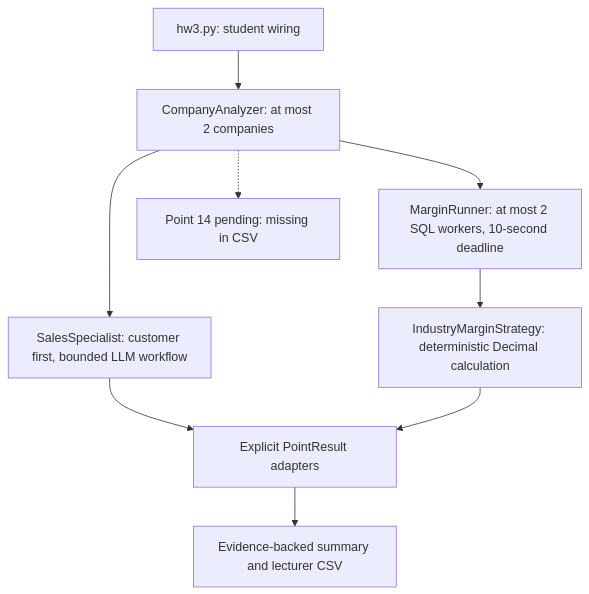
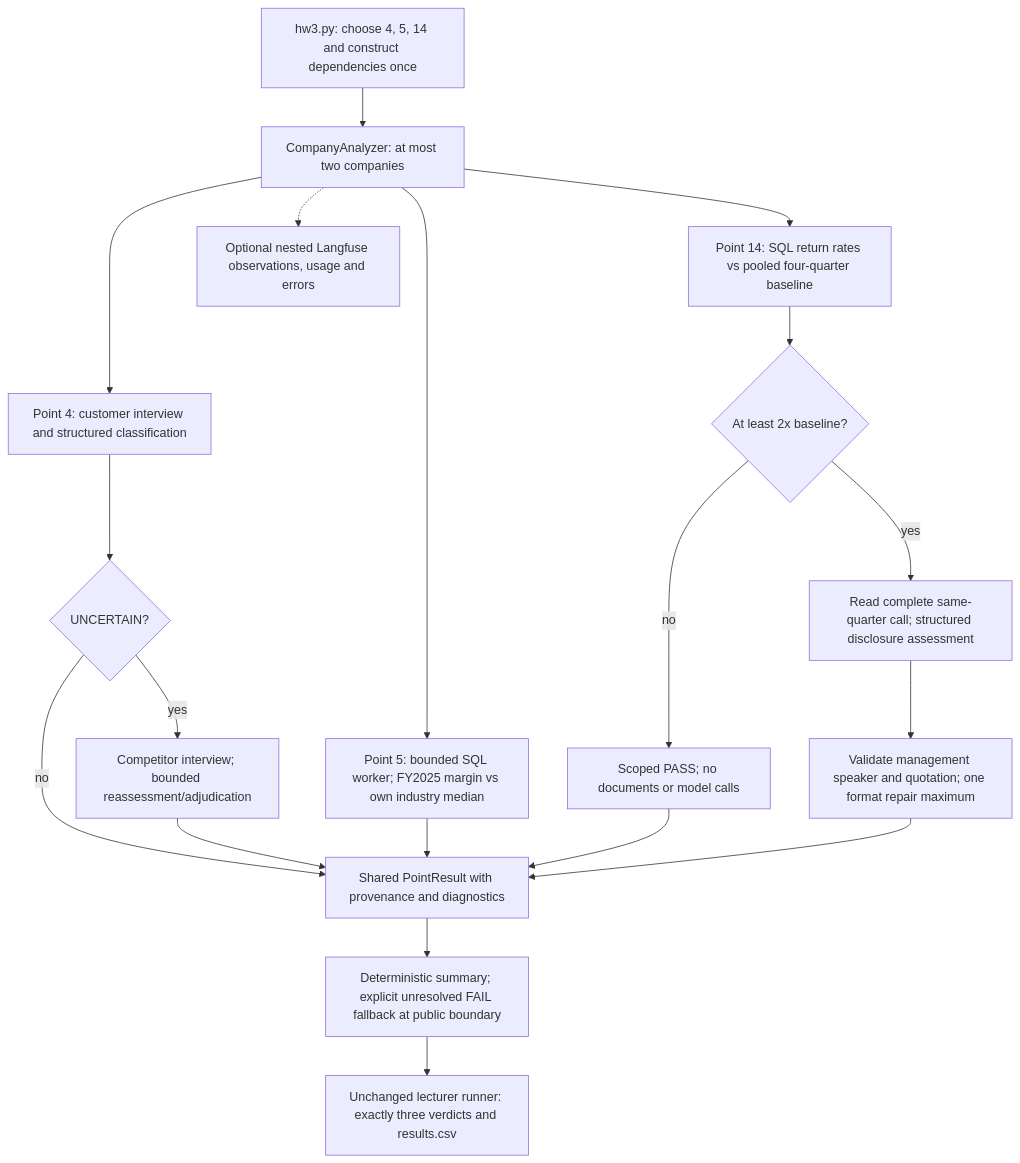
The diagram in README.md (alistairkung/FTEC5660-HW3), drawn with Mermaid before and after one commit. The commit also changed other lines of this file and 4 other files, not shown here.

Commit message:
Integrate Points 4, 5 and returns-disclosure Point 14 in lecturer entry point

````diff
--- a/README.md
+++ b/README.md
@@ -370,11 +374,21 @@
 ```mermaid
 flowchart TD
-    H["hw3.py: student wiring"] --> C["CompanyAnalyzer: at most 2 companies"]
-    C --> S["SalesSpecialist: customer first, bounded LLM workflow"]
-    C --> M["MarginRunner: at most 2 SQL workers, 10-second deadline"]
-    M --> I["IndustryMarginStrategy: deterministic Decimal calculation"]
-    S --> A["Explicit PointResult adapters"]
-    I --> A
-    A --> O["Evidence-backed summary and lecturer CSV"]
-    C -.-> P["Point 14 pending: missing in CSV"]
+    H["hw3.py: choose 4, 5, 14 and construct dependencies once"] --> C["CompanyAnalyzer: at most two companies"]
+    C --> S["Point 4: customer interview and structured classification"]
+    S --> U{"UNCERTAIN?"}
+    U -->|yes| R["Competitor interview; bounded reassessment/adjudication"]
+    C --> M["Point 5: bounded SQL worker; FY2025 margin vs own industry median"]
+    C --> Q["Point 14: SQL return rates vs pooled four-quarter baseline"]
+    Q --> A{"At least 2x baseline?"}
+    A -->|no| P["Scoped PASS; no documents or model calls"]
+    A -->|yes| D["Read complete same-quarter call; structured disclosure assessment"]
+    D --> V["Validate management speaker and quotation; one format repair maximum"]
+    U -->|no| O["Shared PointResult with provenance and diagnostics"]
+    R --> O
+    M --> O
+    P --> O
+    V --> O
+    O --> F["Deterministic summary; explicit unresolved FAIL fallback at public boundary"]
+    F --> CSV["Unchanged lecturer runner: exactly three verdicts and results.csv"]
+    C -.-> LF["Optional nested Langfuse observations, usage and errors"]
 ```
````
